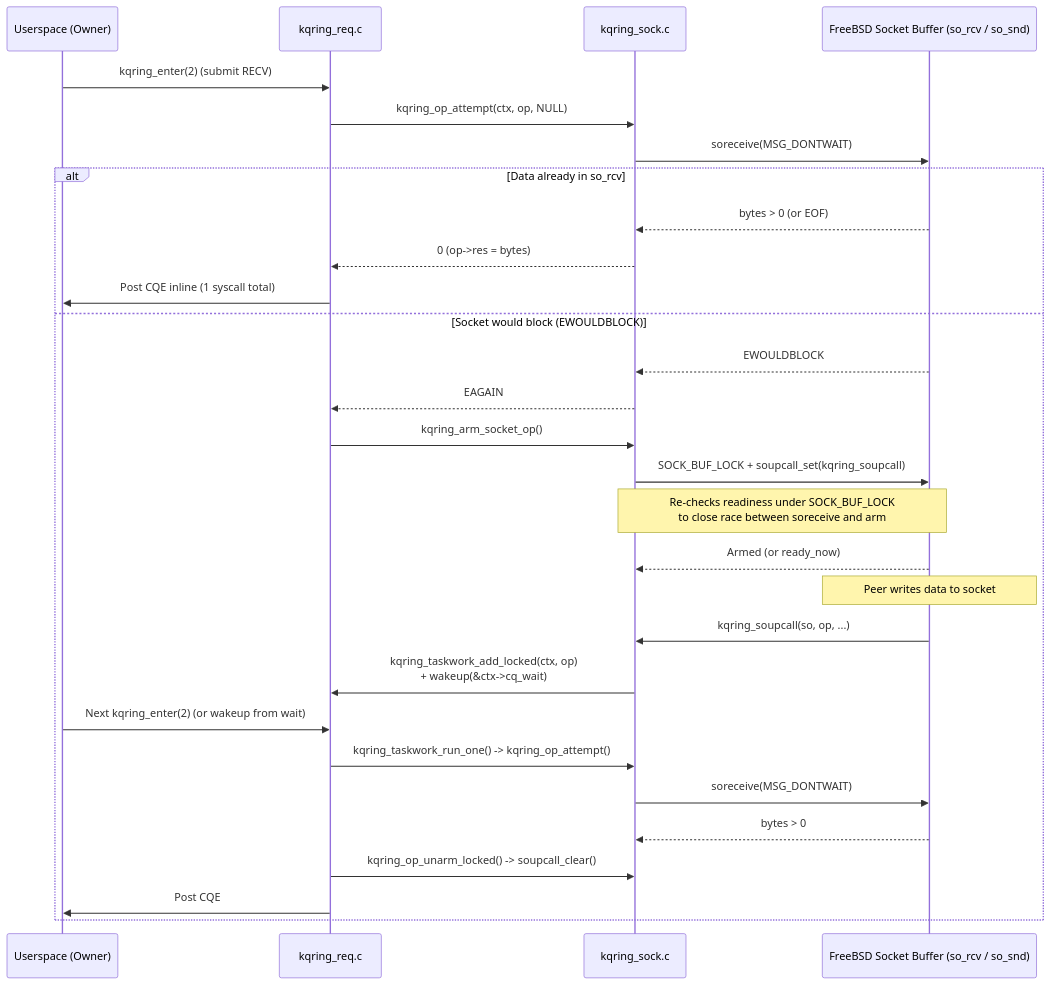
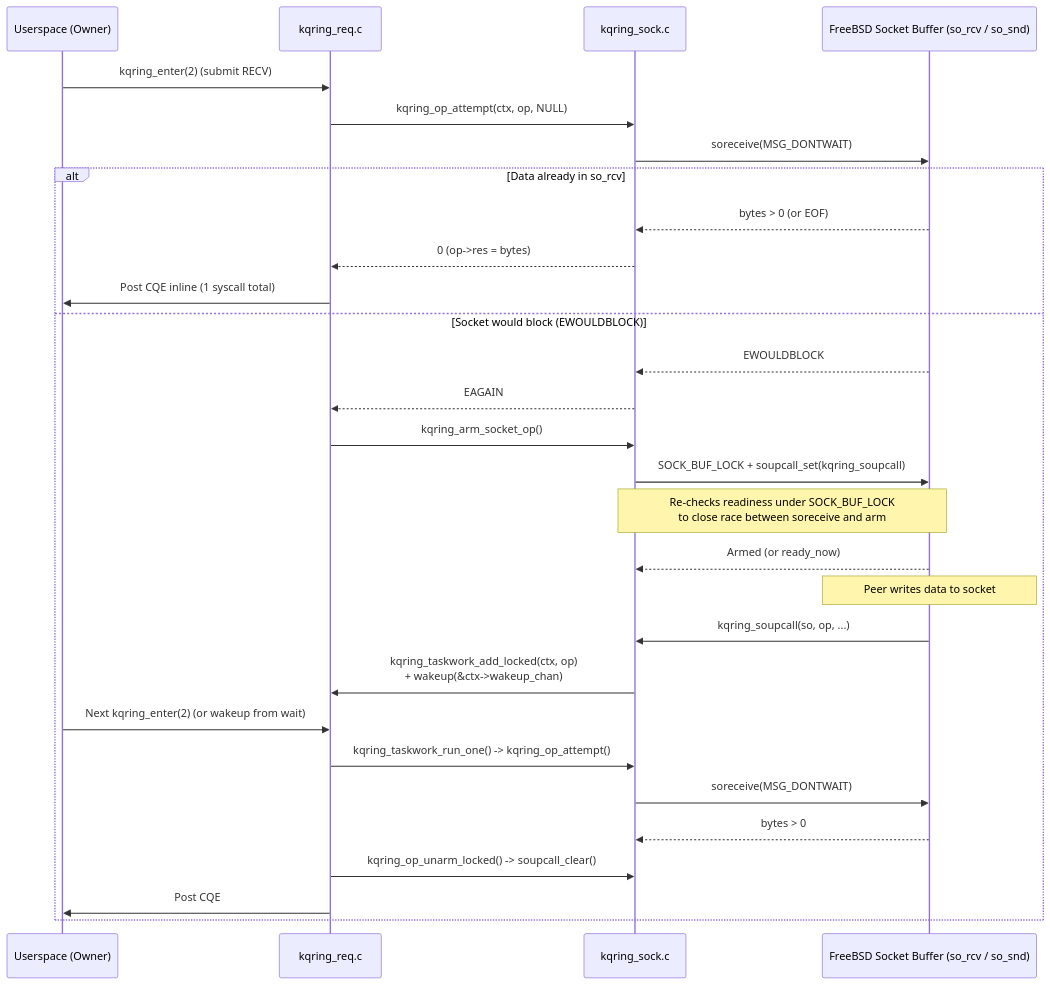
The seventh of 15 diagrams in ARCHITECTURE.MD (grepjava/kqring), drawn with Mermaid before and after one commit. The commit also changed other lines of this file and 70 other files, not shown here.

First line of the commit message:
Docs: why kqring exists, current figures, a fuller architecture

````diff
--- a/ARCHITECTURE.MD
+++ b/ARCHITECTURE.MD
@@ -199,32 +294,32 @@
 ```mermaid
 sequenceDiagram
     participant App as Userspace (Owner)
     participant Req as kqring_req.c
     participant Sock as kqring_sock.c
     participant SB as FreeBSD Socket Buffer (so_rcv / so_snd)
 
     App->>Req: kqring_enter(2) (submit RECV)
     Req->>Sock: kqring_op_attempt(ctx, op, NULL)
     Sock->>SB: soreceive(MSG_DONTWAIT)
     alt Data already in so_rcv
         SB-->>Sock: bytes > 0 (or EOF)
         Sock-->>Req: 0 (op->res = bytes)
         Req->>App: Post CQE inline (1 syscall total)
     else Socket would block (EWOULDBLOCK)
         SB-->>Sock: EWOULDBLOCK
         Sock-->>Req: EAGAIN
         Req->>Sock: kqring_arm_socket_op()
         Sock->>SB: SOCK_BUF_LOCK + soupcall_set(kqring_soupcall)
         Note over Sock,SB: Re-checks readiness under SOCK_BUF_LOCK<br/>to close race between soreceive and arm
         SB-->>Sock: Armed (or ready_now)
         Note over SB: Peer writes data to socket
         SB->>Sock: kqring_soupcall(so, op, ...)
-        Sock->>Req: kqring_taskwork_add_locked(ctx, op)<br/>+ wakeup(&ctx->cq_wait)
+        Sock->>Req: kqring_taskwork_add_locked(ctx, op)<br/>+ wakeup(&ctx->wakeup_chan)
         App->>Req: Next kqring_enter(2) (or wakeup from wait)
         Req->>Sock: kqring_taskwork_run_one() -> kqring_op_attempt()
         Sock->>SB: soreceive(MSG_DONTWAIT)
         SB-->>Sock: bytes > 0
         Req->>Sock: kqring_op_unarm_locked() -> soupcall_clear()
         Req->>App: Post CQE
     end
 ```
````
